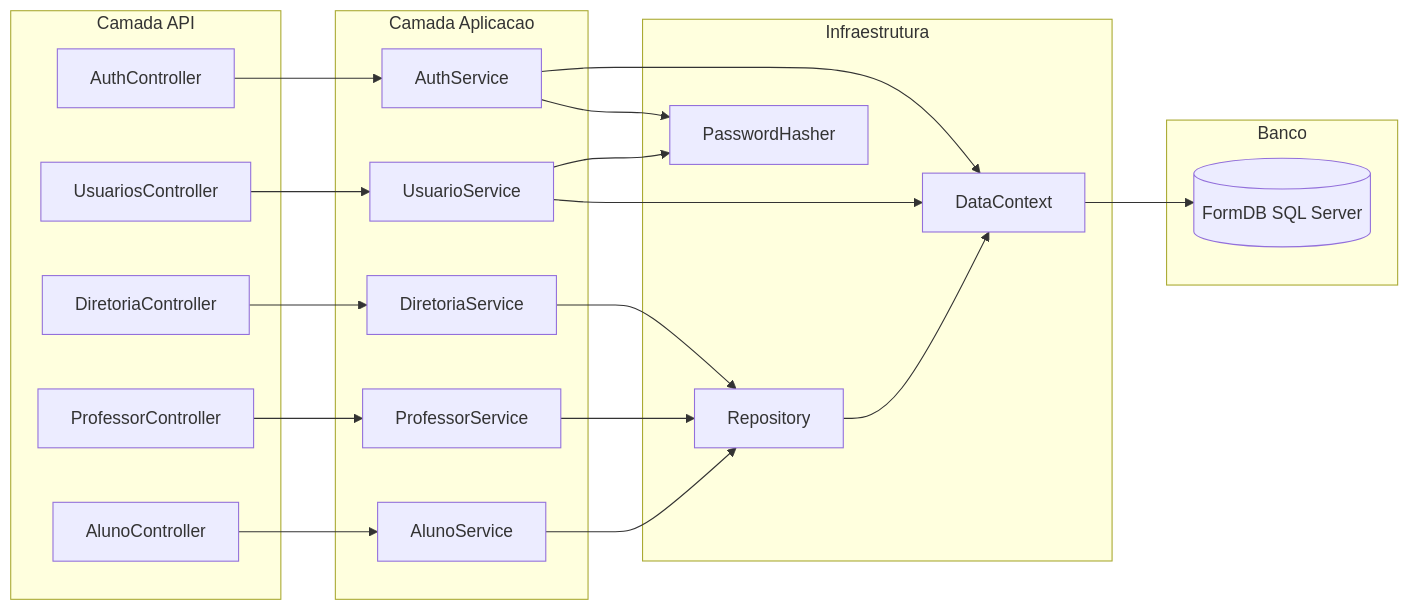
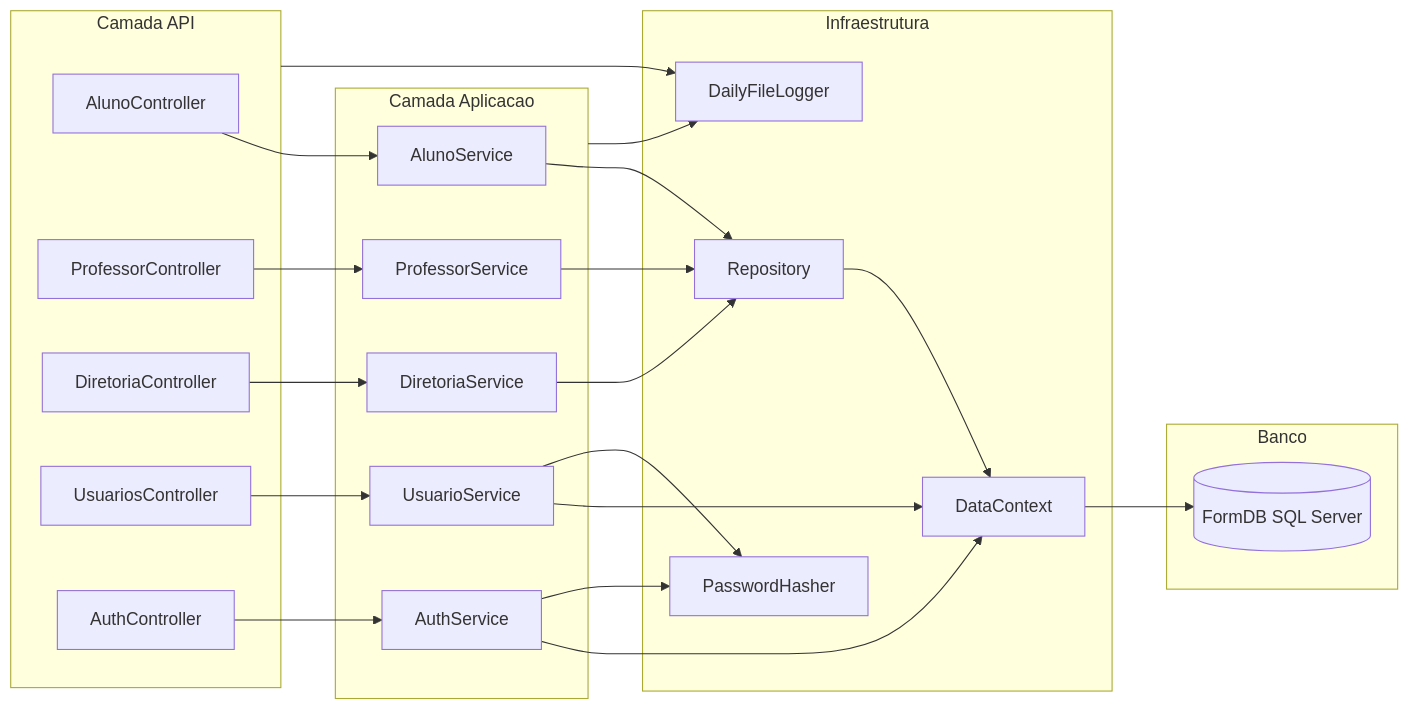
One commit to george-marcone/SPA-Vue changed the fourth of 5 diagrams in docs/backend-tecnico.md. Above: the diagram before and after it, drawn with Mermaid. The commit also changed other lines of this file and 35 other files, not shown here.

````diff
--- a/docs/backend-tecnico.md
+++ b/docs/backend-tecnico.md
@@ -178,36 +182,39 @@
 ```mermaid
 flowchart LR
     subgraph API[Camada API]
         AC[AlunoController]
         PC[ProfessorController]
         DC[DiretoriaController]
         UC[UsuariosController]
         AU[AuthController]
     end
 
     subgraph APP[Camada Aplicacao]
         AS[AlunoService]
         PS[ProfessorService]
         DS[DiretoriaService]
         US[UsuarioService]
         ATS[AuthService]
     end
 
     subgraph INFRA[Infraestrutura]
         R[Repository]
         C[DataContext]
         PH[PasswordHasher]
+        LG[DailyFileLogger]
     end
 
     subgraph DB[Banco]
         SQL[(FormDB SQL Server)]
     end
 
     AC --> AS --> R --> C --> SQL
     PC --> PS --> R
     DC --> DS --> R
     UC --> US --> C
     AU --> ATS --> C
     US --> PH
     ATS --> PH
+    API --> LG
+    APP --> LG
 ```
````
